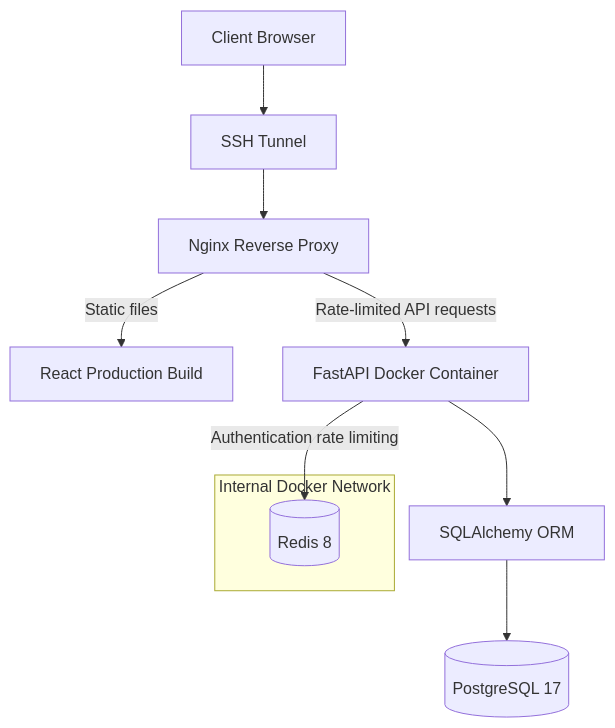
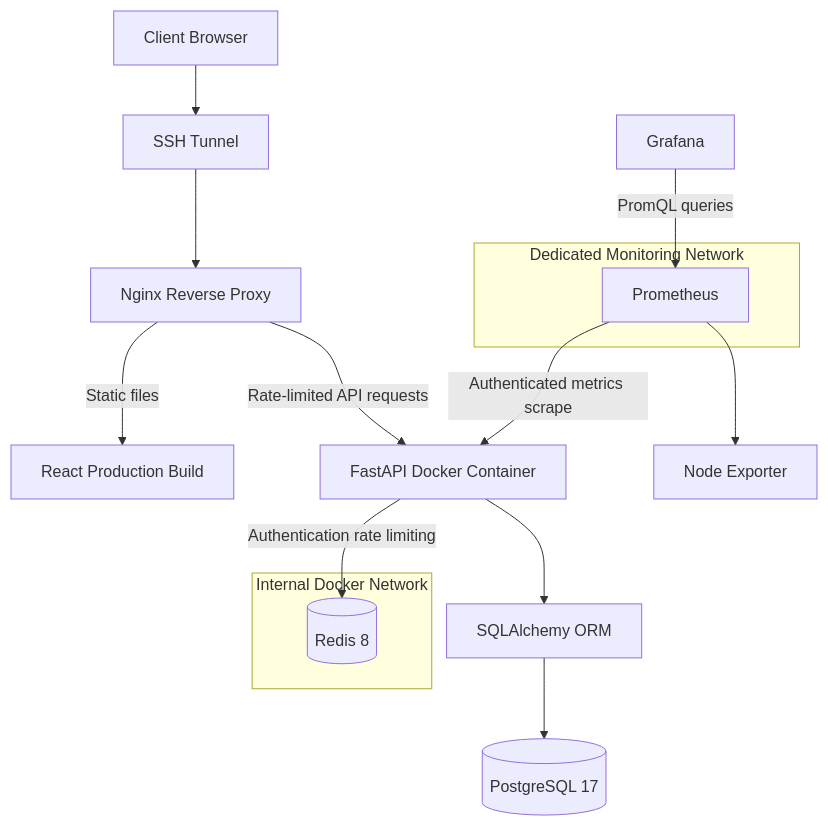
The first of 2 diagrams in README.md (ozdereomer/LabManager), drawn with Mermaid before and after one commit. The commit also changed other lines of this file and 13 other files, not shown here.

First line of the commit message:
Add Prometheus metrics and Grafana observability

````diff
--- a/README.md
+++ b/README.md
@@ -108,13 +128,21 @@
 ```mermaid
 flowchart TD
     A[Client Browser] --> B[SSH Tunnel]
     B --> C[Nginx Reverse Proxy]
     C -->|Static files| D[React Production Build]
     C -->|Rate-limited API requests| E[FastAPI Docker Container]
     E --> F[SQLAlchemy ORM]
     F --> G[(PostgreSQL 17)]
     E -->|Authentication rate limiting| H[(Redis 8)]
     subgraph Internal Docker Network
         H
     end
+
+    subgraph Dedicated Monitoring Network
+        I[Prometheus]
+    end
+
+    I -->|Authenticated metrics scrape| E
+    J[Grafana] -->|PromQL queries| I
+    I --> K[Node Exporter]
 ```
````
